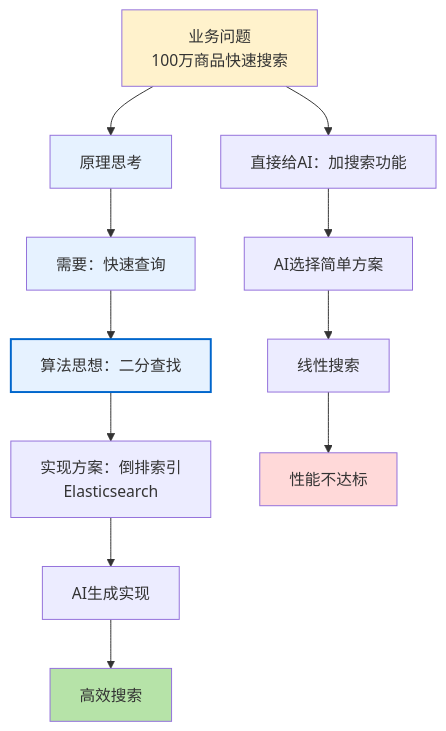
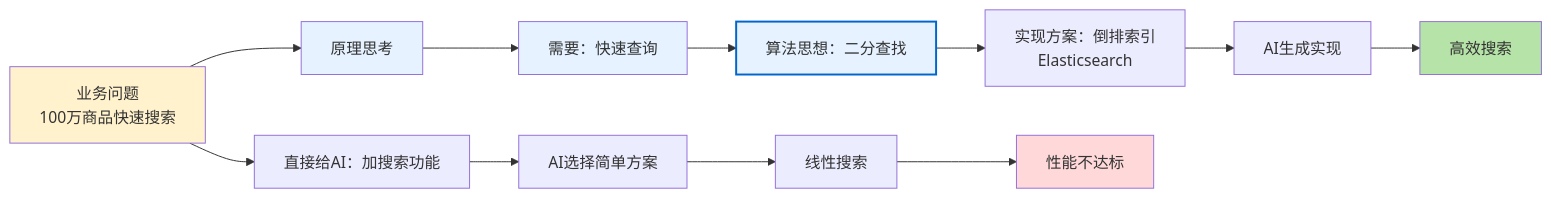
One commit to microwind/algorithms changed the fourth of 8 diagrams in start-here/Why-Programmers-35-Plus-Are-Thriving-in-AI-Era.md. Above: the diagram before and after it, drawn with Mermaid. The commit also changed other lines of this file and 2 other files, not shown here.

````diff
--- a/start-here/Why-Programmers-35-Plus-Are-Thriving-in-AI-Era.md
+++ b/start-here/Why-Programmers-35-Plus-Are-Thriving-in-AI-Era.md
@@ -173,22 +173,22 @@
 ```mermaid
-graph TD
+graph LR
     A["业务问题<br/>100万商品快速搜索"] --> B["原理思考"]
     B --> B1["需要：快速查询"]
     B1 --> B2["算法思想：二分查找"]
     B2 --> B3["实现方案：倒排索引<br/>Elasticsearch"]
 
     B3 --> C["AI生成实现"]
     C --> D["高效搜索"]
 
     A --> E["直接给AI：加搜索功能"]
     E --> F["AI选择简单方案"]
     F --> G["线性搜索"]
     G --> H["性能不达标"]
 
     style A fill:#FFF2CC
     style B fill:#e6f2ff
     style B1 fill:#e6f2ff
     style B2 fill:#e6f2ff,stroke:#0066cc,stroke-width:2px
     style D fill:#b6e3a8
     style H fill:#ffd9d9
 ```
````
